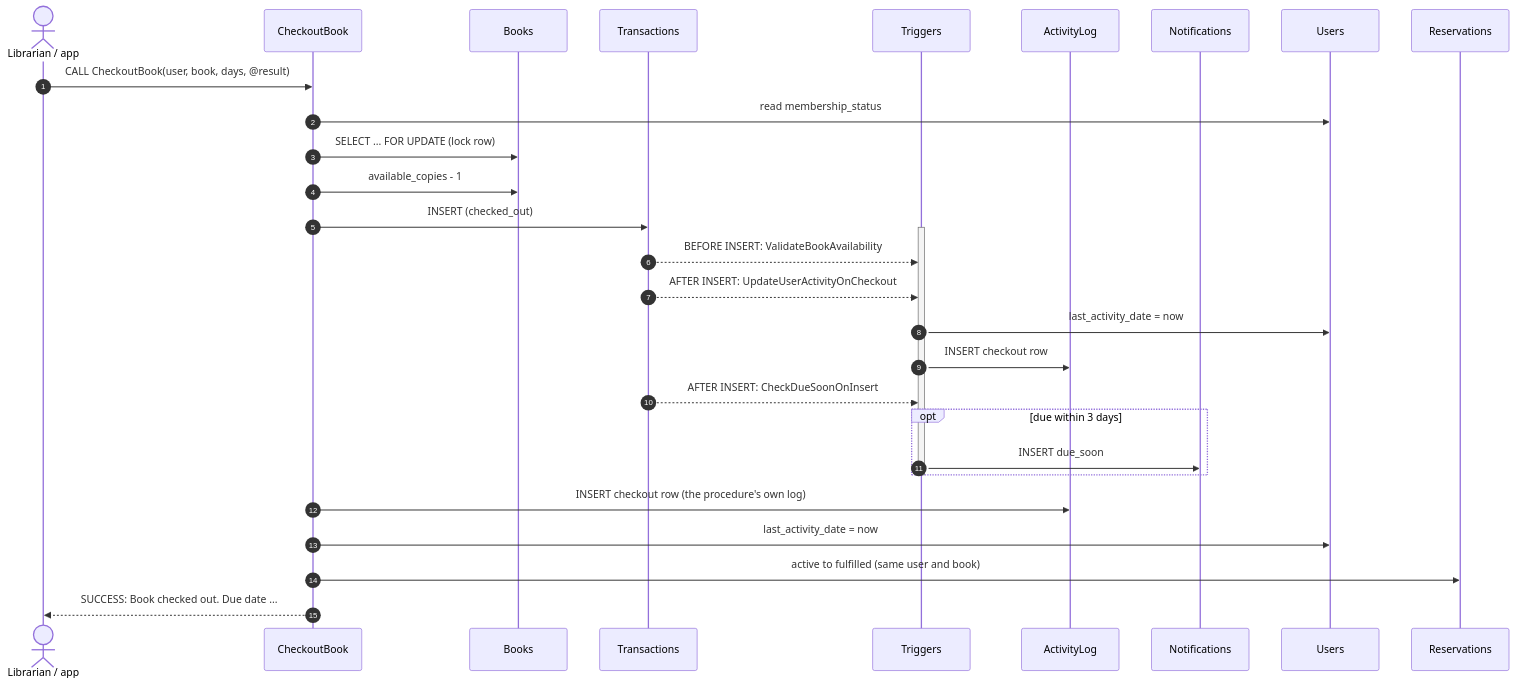
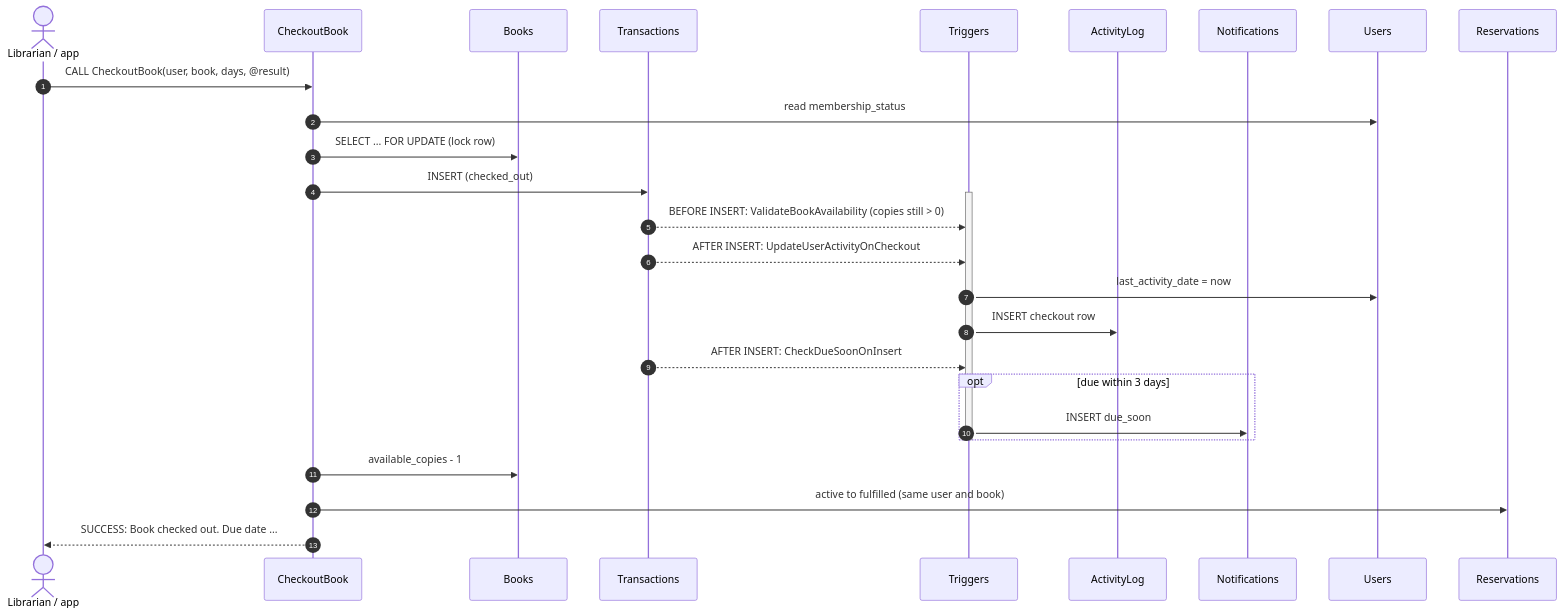
Before and after one commit to ashzaeen/Library-Management-System: the tenth of 14 diagrams in docs/ARCHITECTURE.md, drawn with Mermaid. The commit also changed other lines of this file and 2 other files, not shown here.

First line of the commit message:
Fix last-copy checkout, duplicate activity logging and open transactions

````diff
--- a/docs/ARCHITECTURE.md
+++ b/docs/ARCHITECTURE.md
@@ -335,33 +333,31 @@
 ```mermaid
 sequenceDiagram
     autonumber
     actor L as Librarian / app
     participant P as CheckoutBook
     participant Bk as Books
     participant Tx as Transactions
     participant Tg as Triggers
     participant Lg as ActivityLog
     participant Nf as Notifications
     participant Us as Users
     participant Rs as Reservations
 
     L->>P: CALL CheckoutBook(user, book, days, @result)
     P->>Us: read membership_status
     P->>Bk: SELECT ... FOR UPDATE (lock row)
-    P->>Bk: available_copies - 1
     P->>Tx: INSERT (checked_out)
     activate Tg
-    Tx-->>Tg: BEFORE INSERT: ValidateBookAvailability
+    Tx-->>Tg: BEFORE INSERT: ValidateBookAvailability (copies still > 0)
     Tx-->>Tg: AFTER INSERT: UpdateUserActivityOnCheckout
     Tg->>Us: last_activity_date = now
     Tg->>Lg: INSERT checkout row
     Tx-->>Tg: AFTER INSERT: CheckDueSoonOnInsert
     opt due within 3 days
         Tg->>Nf: INSERT due_soon
     end
     deactivate Tg
-    P->>Lg: INSERT checkout row (the procedure's own log)
-    P->>Us: last_activity_date = now
+    P->>Bk: available_copies - 1
     P->>Rs: active to fulfilled (same user and book)
     P-->>L: SUCCESS: Book checked out. Due date ...
 ```
````
